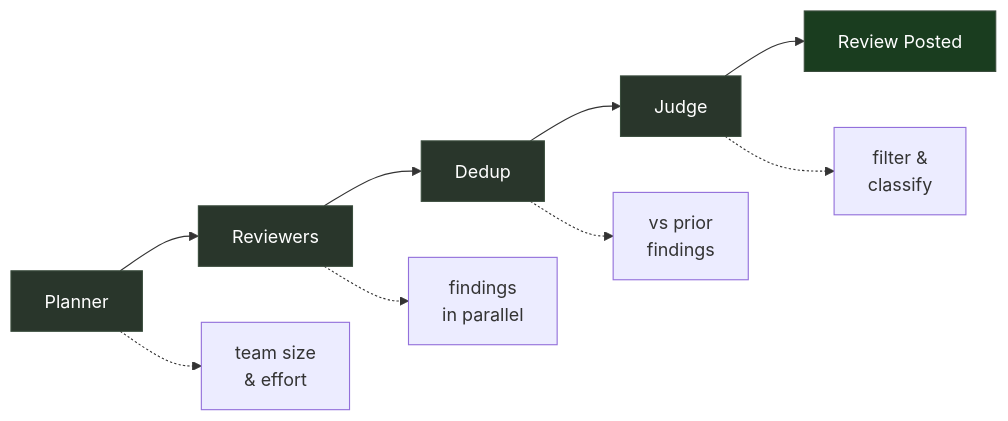
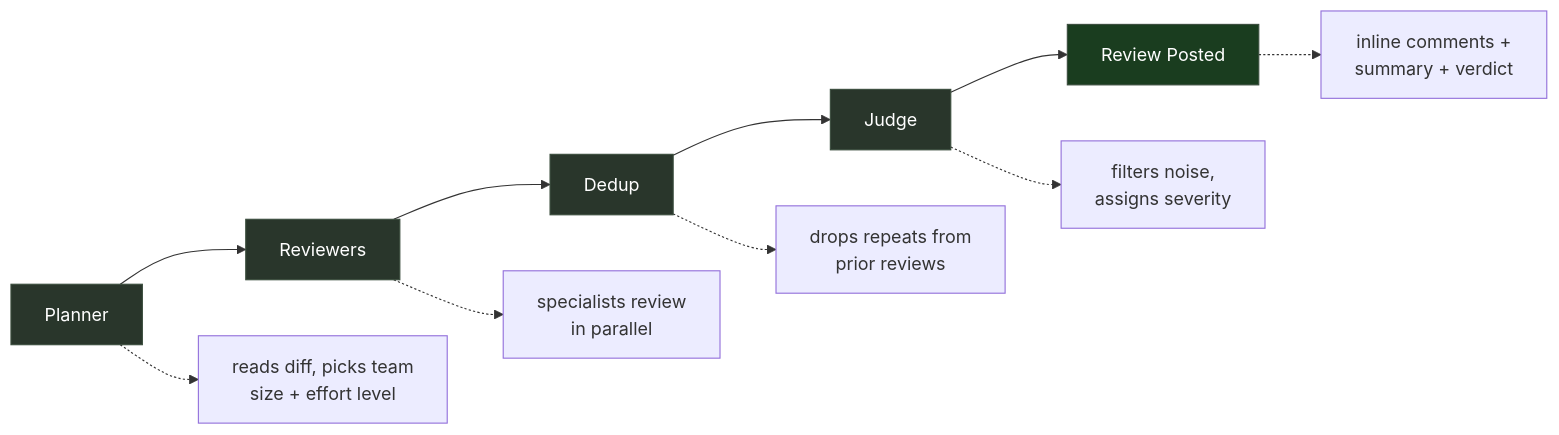
Before and after one commit to manki-review/manki: the diagram in README.md, drawn with Mermaid.

Commit message:
docs: make diagram annotations more descriptive

````diff
--- a/README.md
+++ b/README.md
@@ -41,18 +41,19 @@
 ```mermaid
 flowchart LR
     A[Planner] --> B[Reviewers]
     B --> C[Dedup]
     C --> D[Judge]
     D --> E[Review Posted]
 
-    A -.-> A1[team size<br/>& effort]
-    B -.-> B1[findings<br/>in parallel]
-    C -.-> C1[vs prior<br/>findings]
-    D -.-> D1[filter &<br/>classify]
+    A -.-> A1[reads diff, picks team<br/>size + effort level]
+    B -.-> B1[specialists review<br/>in parallel]
+    C -.-> C1[drops repeats from<br/>prior reviews]
+    D -.-> D1[filters noise,<br/>assigns severity]
+    E -.-> E1[inline comments +<br/>summary + verdict]
 
     style A fill:#29362B,stroke:#3a4d3d,color:#fff
     style B fill:#29362B,stroke:#3a4d3d,color:#fff
     style C fill:#29362B,stroke:#3a4d3d,color:#fff
     style D fill:#29362B,stroke:#3a4d3d,color:#fff
     style E fill:#1a3d1f,stroke:#3a4d3d,color:#fff
 ```
````
